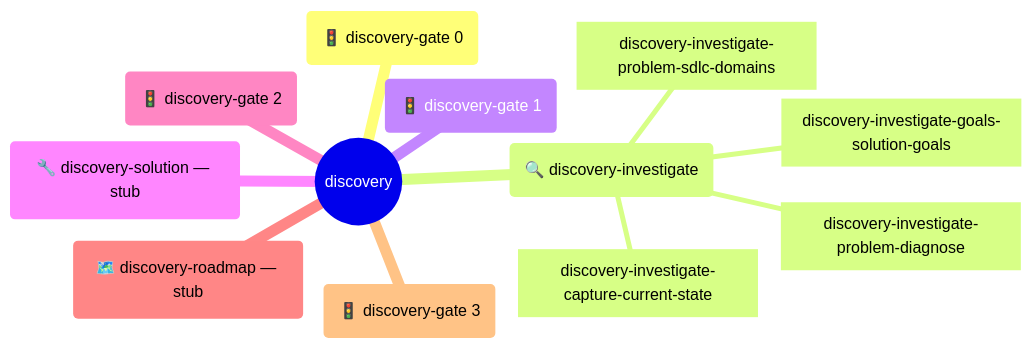
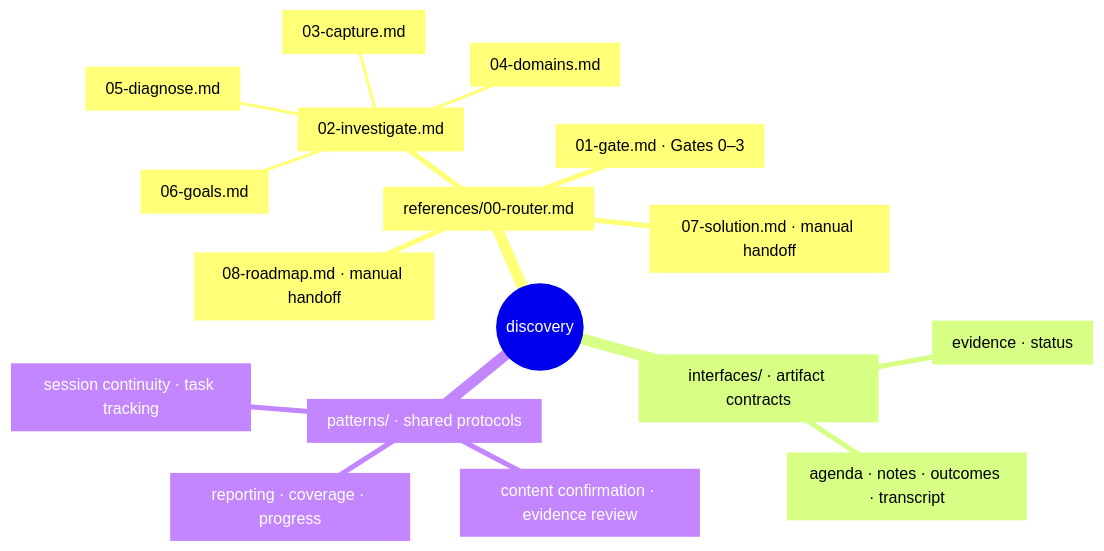
The diagram in .claude/skills/discovery/SKILL.md (DataArt/adlc-discovery-tool), drawn with Mermaid before and after one commit. The commit also changed other lines of this file and 948 other files, not shown here.

````diff
--- a/.claude/skills/discovery/SKILL.md
+++ b/.claude/skills/discovery/SKILL.md
@@ -36,15 +35,20 @@
 ```mermaid
 mindmap
   root((discovery))
-    gate0("🚦 discovery-gate 0")
-    investigate("🔍 discovery-investigate")
-      capture["discovery-investigate-capture-current-state"]
-      domains["discovery-investigate-problem-sdlc-domains"]
-      diagnose["discovery-investigate-problem-diagnose"]
-      goals["discovery-investigate-goals-solution-goals"]
-    gate1("🚦 discovery-gate 1")
-    solution("🔧 discovery-solution — stub")
-    gate2("🚦 discovery-gate 2")
-    roadmap("🗺️ discovery-roadmap — stub")
-    gate3("🚦 discovery-gate 3")
+    router["references/00-router.md"]
+      gate["01-gate.md · Gates 0–3"]
+      investigate["02-investigate.md"]
+        capture["03-capture.md"]
+        domains["04-domains.md"]
+        diagnose["05-diagnose.md"]
+        goals["06-goals.md"]
+      solution["07-solution.md · manual handoff"]
+      roadmap["08-roadmap.md · manual handoff"]
+    interfaces["interfaces/ · artifact contracts"]
+      sessions["agenda · notes · outcomes · transcript"]
+      evidence["evidence · status"]
+    patterns["patterns/ · shared protocols"]
+      validation["content confirmation · evidence review"]
+      reporting["reporting · coverage · progress"]
+      continuity["session continuity · task tracking"]
 ```
````
